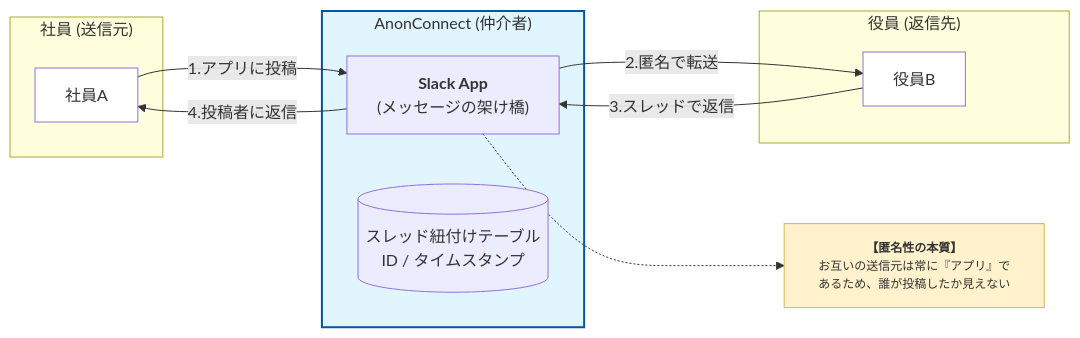
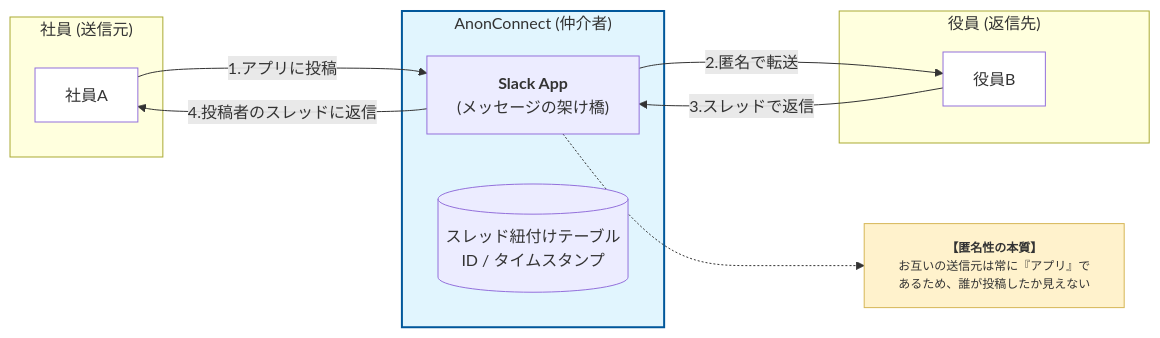
One commit to mf1005/mf1005 changed the eighth of 8 diagrams in README_BK.md. Above: the diagram before and after it, drawn with Mermaid.

````diff
--- a/README_BK.md
+++ b/README_BK.md
@@ -427,33 +427,33 @@
 ```mermaid
 flowchart LR
     subgraph UserSide ["社員 (送信元)"]
         User["社員A"]
     end
 
     subgraph Proxy ["AnonConnect (仲介者)"]
         App["<b>Slack App</b><br/>(メッセージの架け橋)"]
         DB[(スレッド紐付けテーブル<br/>ID / タイムスタンプ)]
     end
 
     subgraph ExecSide ["役員 (返信先)"]
         Exec["役員B"]
     end
 
     %% メッセージの往復フロー
     User -- "1.アプリに投稿" --> App
     App -- "2.匿名で転送" --> Exec
     
     Exec -- "3.スレッドで返信" --> App
-    App -- "4.投稿者に返信" --> User
+    App -- "4.投稿者のスレッドに返信" --> User
 
     %% 匿名性の解説
     note1["<b>【匿名性の本質】</b><br/>お互いの送信元は常に『アプリ』であるため、誰が投稿したか見えない"]
     
     App -.-> note1
 
     %% スタイル定義
     style Proxy fill:#e1f5fe,stroke:#01579b,stroke-width:2px
     style note1 fill:#fff2cc,stroke:#d6b656,font-size:12px
     style User fill:#ffffff
     style Exec fill:#ffffff
 ```
````
